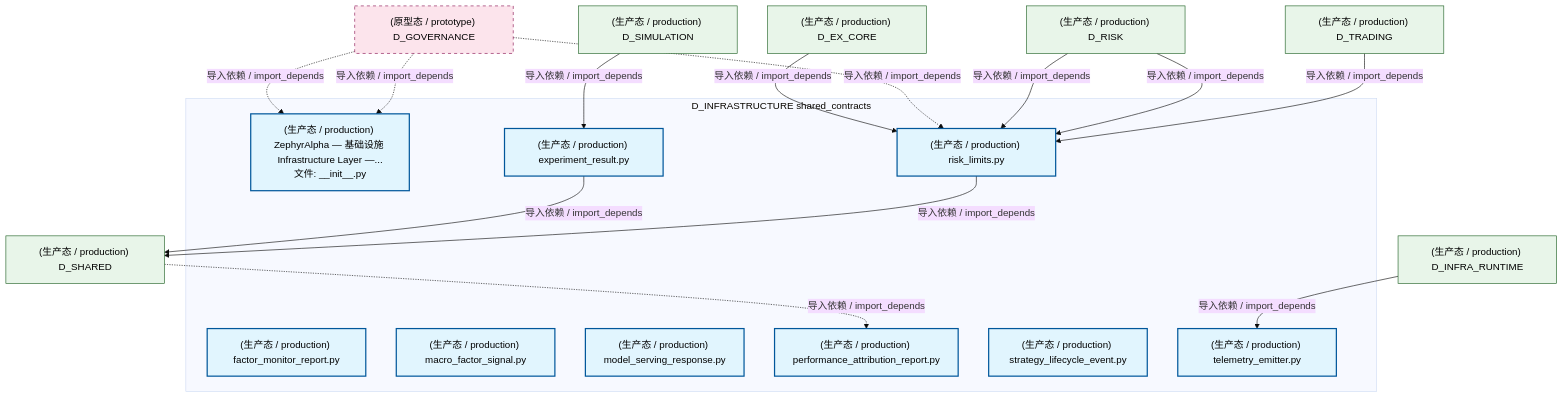
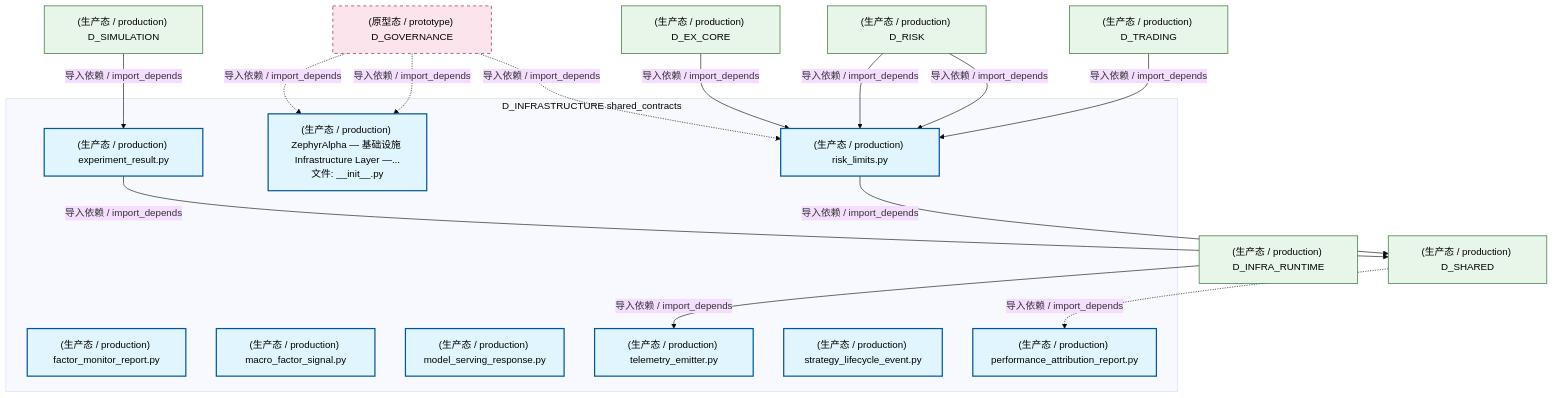
The fourth of 6 diagrams in docs/02_enterprise_architecture/02_domain_architecture_docs/62_d_infrastructure.md (xuanFelixVan/ZephyrAlpha), drawn with Mermaid (base theme) before and after one commit. The commit also changed other lines of this file and 124 other files, not shown here.

````diff
--- a/docs/02_enterprise_architecture/02_domain_architecture_docs/62_d_infrastructure.md
+++ b/docs/02_enterprise_architecture/02_domain_architecture_docs/62_d_infrastructure.md
@@ -319,40 +320,40 @@
 ```mermaid
 graph TD
     subgraph D_INFRASTRUCTURE["D_INFRASTRUCTURE shared_contracts"]
         src_zephyr_infrastructure_config_init_py["(生产态 / production) ZephyrAlpha — 基础设施 Infrastructure Layer —...<br/>文件: __init__.py"]
         src_zephyr_shared_contracts_experiment_result_py["(生产态 / production) experiment_result.py"]
         src_zephyr_shared_contracts_factor_monitor_report_py["(生产态 / production) factor_monitor_report.py"]
         src_zephyr_shared_contracts_macro_factor_signal_py["(生产态 / production) macro_factor_signal.py"]
         src_zephyr_shared_contracts_model_serving_response_py["(生产态 / production) model_serving_response.py"]
         src_zephyr_shared_contracts_performance_attribution_report_py["(生产态 / production) performance_attribution_report.py"]
         src_zephyr_shared_contracts_risk_limits_py["(生产态 / production) risk_limits.py"]
         src_zephyr_shared_contracts_strategy_lifecycle_event_py["(生产态 / production) strategy_lifecycle_event.py"]
         src_zephyr_shared_contracts_telemetry_emitter_py["(生产态 / production) telemetry_emitter.py"]
     end
     D_SHARED["(生产态 / production) D_SHARED"]
     src_zephyr_shared_contracts_experiment_result_py -->|导入依赖 / import_depends| D_SHARED
     src_zephyr_shared_contracts_risk_limits_py -->|导入依赖 / import_depends| D_SHARED
     D_EX_CORE["(生产态 / production) D_EX_CORE"]
     D_EX_CORE -->|导入依赖 / import_depends| src_zephyr_shared_contracts_risk_limits_py
     D_GOVERNANCE["(原型态 / prototype) D_GOVERNANCE"]
-    D_GOVERNANCE -.->|导入依赖 / import_depends| src_zephyr_shared_contracts_risk_limits_py
+    D_GOVERNANCE -.->|导入依赖 / import_depends| src_zephyr_infrastructure_config_init_py
     D_RISK["(生产态 / production) D_RISK"]
     D_RISK -->|导入依赖 / import_depends| src_zephyr_shared_contracts_risk_limits_py
     D_RISK -->|导入依赖 / import_depends| src_zephyr_shared_contracts_risk_limits_py
-    D_SHARED -.->|导入依赖 / import_depends| src_zephyr_shared_contracts_performance_attribution_report_py
+    D_INFRA_RUNTIME["(生产态 / production) D_INFRA_RUNTIME"]
+    D_INFRA_RUNTIME -->|导入依赖 / import_depends| src_zephyr_shared_contracts_telemetry_emitter_py
     D_SIMULATION["(生产态 / production) D_SIMULATION"]
     D_SIMULATION -->|导入依赖 / import_depends| src_zephyr_shared_contracts_experiment_result_py
-    D_INFRA_RUNTIME["(生产态 / production) D_INFRA_RUNTIME"]
-    D_INFRA_RUNTIME -->|导入依赖 / import_depends| src_zephyr_shared_contracts_telemetry_emitter_py
     D_TRADING["(生产态 / production) D_TRADING"]
     D_TRADING -->|导入依赖 / import_depends| src_zephyr_shared_contracts_risk_limits_py
+    D_SHARED -.->|导入依赖 / import_depends| src_zephyr_shared_contracts_performance_attribution_report_py
     D_GOVERNANCE -.->|导入依赖 / import_depends| src_zephyr_infrastructure_config_init_py
-    D_GOVERNANCE -.->|导入依赖 / import_depends| src_zephyr_infrastructure_config_init_py
+    D_GOVERNANCE -.->|导入依赖 / import_depends| src_zephyr_shared_contracts_risk_limits_py
     classDef production fill:#e1f5fe,stroke:#01579b,stroke-width:2px,color:#000
     classDef design fill:#fff3e0,stroke:#e65100,stroke-width:2px,color:#000,stroke-dasharray: 5 5
     classDef external_prod fill:#e8f5e9,stroke:#1b5e20,stroke-width:1px,color:#000
     classDef external_design fill:#fce4ec,stroke:#880e4f,stroke-width:1px,color:#000,stroke-dasharray: 5 5
     class src_zephyr_infrastructure_config_init_py,src_zephyr_shared_contracts_experiment_result_py,src_zephyr_shared_contracts_factor_monitor_report_py,src_zephyr_shared_contracts_macro_factor_signal_py,src_zephyr_shared_contracts_model_serving_response_py,src_zephyr_shared_contracts_performance_attribution_report_py,src_zephyr_shared_contracts_risk_limits_py,src_zephyr_shared_contracts_strategy_lifecycle_event_py,src_zephyr_shared_contracts_telemetry_emitter_py production
-    class D_SHARED,D_EX_CORE,D_RISK,D_SIMULATION,D_INFRA_RUNTIME,D_TRADING external_prod
+    class D_SHARED,D_EX_CORE,D_RISK,D_INFRA_RUNTIME,D_SIMULATION,D_TRADING external_prod
     class D_GOVERNANCE external_design
 ```
````
